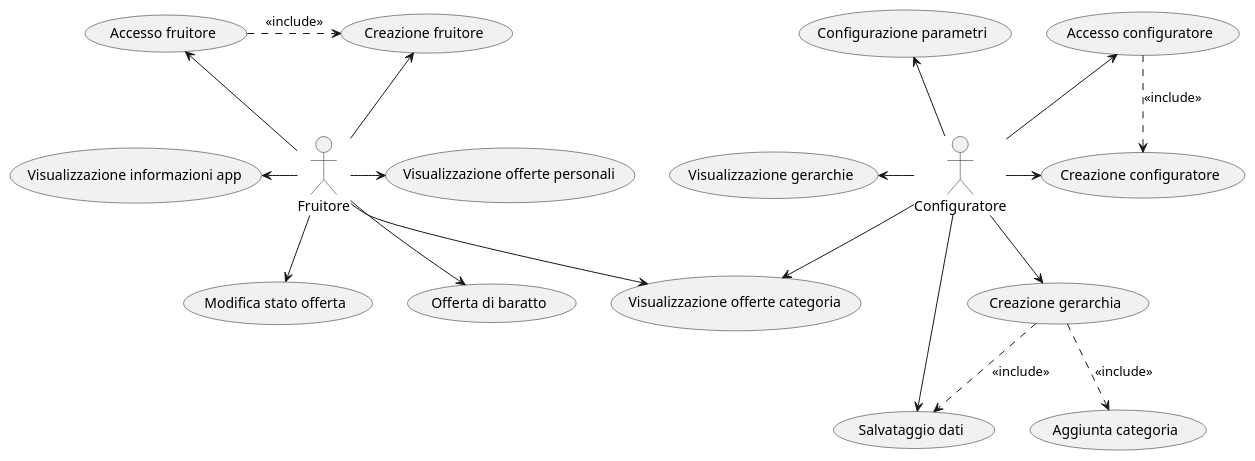
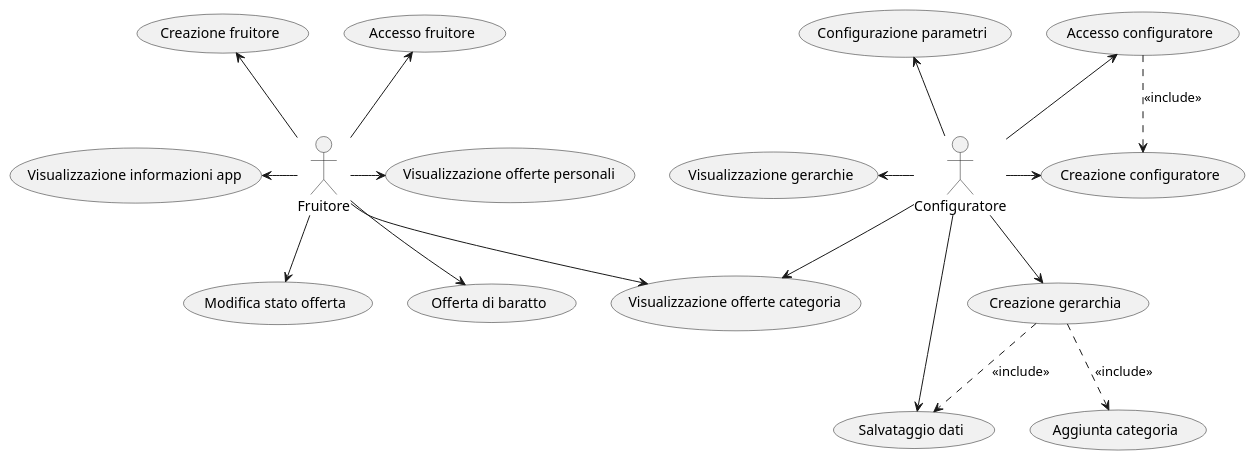
The diagram in doc/uml/version3/puml/Use case diagram-Version3.0.puml (eletoo/inge_del_software), drawn with PlantUML before and after one commit. The commit also changed 1 other file, not shown here.

Commit message:
version 3.0.4 fixed uml

```diff
--- a/doc/uml/version3/puml/Use case diagram-Version3.0.puml
+++ b/doc/uml/version3/puml/Use case diagram-Version3.0.puml
@@ -1,45 +1,43 @@
 @startuml
 
 :Fruitore: as Admin
 (Accesso fruitore) as (UseF1)
 (Creazione fruitore) as (UseF2)
 (Visualizzazione informazioni app) as (UseF3)
 (Visualizzazione offerte categoria) as (UseF5)
 (Visualizzazione offerte personali) as (UseF6)
 (Offerta di baratto) as (UseF7)
 (Modifica stato offerta) as (UseF8)
 
 Admin -left-> (UseF3)
 Admin -up-> (UseF1)
 Admin -up-> (UseF2)
 Admin -right-> (UseF6)
 Admin --> (UseF5)
 Admin --> (UseF7)
 Admin --> (UseF8)
-
-(UseF1) .right.> (UseF2): <<include>>
 
 (Accesso configuratore) as (Use1)
 (Creazione configuratore) as (Use2)
 (Salvataggio dati) as (Use3)
 (Visualizzazione gerarchie) as (Use4)
 (Creazione gerarchia) as (Use5)
 (Aggiunta categoria) as (Use6)
 (Configurazione parametri) as (Use7)
 
 :Configuratore: as Admin2
 Admin2 -left-> (Use4)
 Admin2 --> (Use5)
 Admin2 --> (Use3)
 Admin2 -right-> (Use2)
 Admin2 -up-> (Use1)
 Admin2 -up-> (Use7)
 Admin2 --> (UseF5)
 
 
 (Use1) ..> (Use2): <<include>>
 (Use5) ..> (Use6): <<include>>
 (Use5) ..> (Use3): <<include>>
 
 
 @enduml
```
